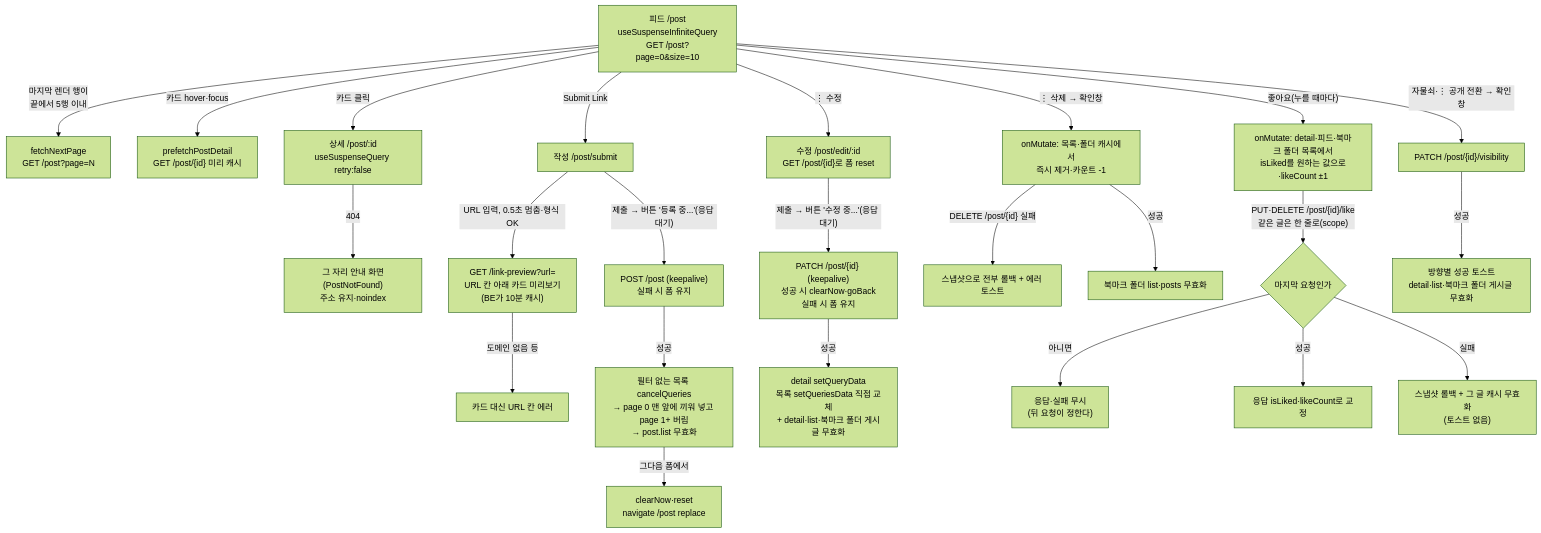
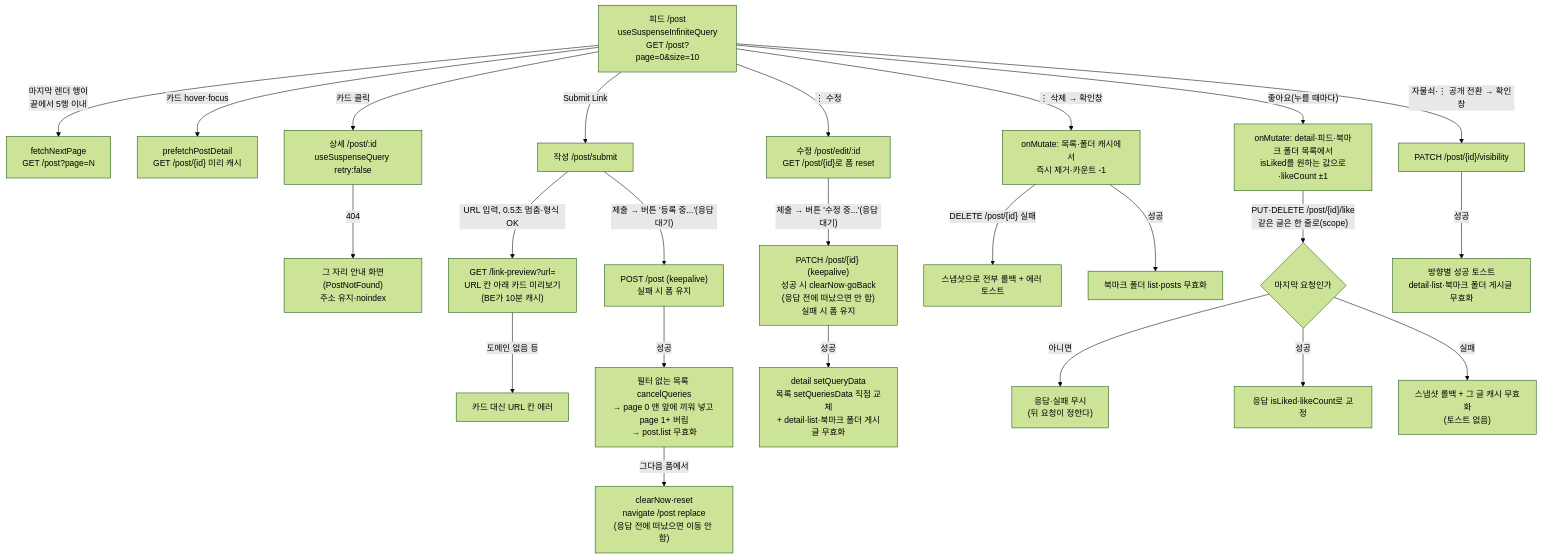
The diagram in docs/POST.md (BAECHAN/link-sphere_FE_NEW), drawn with Mermaid (forest theme) before and after one commit. The commit also changed other lines of this file and 12 other files, not shown here.

````diff
--- a/docs/POST.md
+++ b/docs/POST.md
@@ -38,31 +38,31 @@
 ```mermaid
 flowchart TD
   Feed["피드 /post<br/>useSuspenseInfiniteQuery<br/>GET /post?page=0&size=10"] -->|"마지막 렌더 행이<br/>끝에서 5행 이내"| Next["fetchNextPage<br/>GET /post?page=N"]
   Feed -->|"카드 hover·focus"| Prefetch["prefetchPostDetail<br/>GET /post/{id} 미리 캐시"]
   Feed -->|"카드 클릭"| Detail["상세 /post/:id<br/>useSuspenseQuery retry:false"]
   Detail -->|"404"| NotFound["그 자리 안내 화면(PostNotFound)<br/>주소 유지·noindex"]
 
   Feed -->|"Submit Link"| Create["작성 /post/submit"]
   Create -->|"URL 입력, 0.5초 멈춤·형식 OK"| Preview["GET /link-preview?url=<br/>URL 칸 아래 카드 미리보기<br/>(BE가 10분 캐시)"]
   Preview -->|"도메인 없음 등"| PreviewErr["카드 대신 URL 칸 에러"]
   Create -->|"제출 → 버튼 '등록 중...'(응답 대기)"| CreateReq["POST /post (keepalive)<br/>실패 시 폼 유지"]
   CreateReq -->|"성공"| CreateOk["필터 없는 목록 cancelQueries<br/>→ page 0 맨 앞에 끼워 넣고 page 1+ 버림<br/>→ post.list 무효화"]
-  CreateOk -->|"그다음 폼에서"| CreateNav["clearNow·reset<br/>navigate /post replace"]
+  CreateOk -->|"그다음 폼에서"| CreateNav["clearNow·reset<br/>navigate /post replace<br/>(응답 전에 떠났으면 이동 안 함)"]
 
   Feed -->|"⋮ 수정"| Edit["수정 /post/edit/:id<br/>GET /post/{id}로 폼 reset"]
-  Edit -->|"제출 → 버튼 '수정 중...'(응답 대기)"| EditReq["PATCH /post/{id} (keepalive)<br/>성공 시 clearNow·goBack<br/>실패 시 폼 유지"]
+  Edit -->|"제출 → 버튼 '수정 중...'(응답 대기)"| EditReq["PATCH /post/{id} (keepalive)<br/>성공 시 clearNow·goBack<br/>(응답 전에 떠났으면 안 함)<br/>실패 시 폼 유지"]
   EditReq -->|"성공"| EditOk["detail setQueryData<br/>목록 setQueriesData 직접 교체<br/>+ detail·list·북마크 폴더 게시글 무효화"]
 
   Feed -->|"⋮ 삭제 → 확인창"| Del["onMutate: 목록·폴더 캐시에서<br/>즉시 제거·카운트 -1"]
   Del -->|"DELETE /post/{id} 실패"| DelRollback["스냅샷으로 전부 롤백 + 에러 토스트"]
   Del -->|"성공"| DelOk["북마크 폴더 list·posts 무효화"]
 
   Feed -->|"좋아요(누를 때마다)"| Like["onMutate: detail·피드·북마크 폴더 목록에서<br/>isLiked를 원하는 값으로·likeCount ±1"]
   Like -->|"PUT·DELETE /post/{id}/like<br/>같은 글은 한 줄로(scope)"| LikeLast{"마지막 요청인가"}
   LikeLast -->|"아니면"| LikeSkip["응답·실패 무시<br/>(뒤 요청이 정한다)"]
   LikeLast -->|"성공"| LikeOk["응답 isLiked·likeCount로 교정"]
   LikeLast -->|"실패"| LikeRollback["스냅샷 롤백 + 그 글 캐시 무효화<br/>(토스트 없음)"]
 
   Feed -->|"자물쇠·⋮ 공개 전환 → 확인창"| Vis["PATCH /post/{id}/visibility"]
   Vis -->|"성공"| VisOk["방향별 성공 토스트<br/>detail·list·북마크 폴더 게시글 무효화"]
 ```
````
